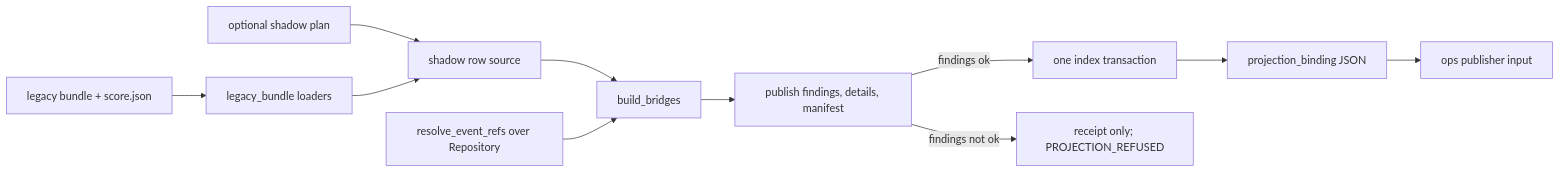
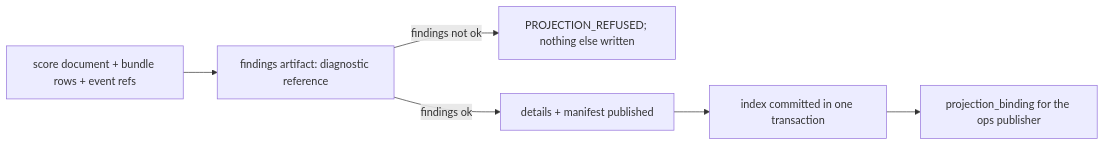
One commit to yshewchuk/investment-validation changed the second of 2 diagrams in engine/v2/serving/ARCHITECTURE.md. Above: the diagram before and after it, drawn with Mermaid.

Commit message:
docs(serving): state publication diagram as condition-to-outcome contract (#190)
Claude-Session: https://claude.ai/code/session_01QUihknYBdZNzYKP1X1yr1K

````diff
--- a/engine/v2/serving/ARCHITECTURE.md
+++ b/engine/v2/serving/ARCHITECTURE.md
@@ -57,11 +57,8 @@
 ```mermaid
 flowchart LR
-  Bundle[legacy bundle + score.json] --> Load[legacy_bundle loaders]
-  Plan[optional shadow plan] --> Rows[shadow row source]
-  Load --> Rows --> Bridge[build_bridges]
-  Refs[resolve_event_refs over Repository] --> Bridge
-  Bridge --> Objs[publish findings, details, manifest]
-  Objs -->|findings ok| Tx[one index transaction]
-  Objs -->|findings not ok| Refused[receipt only; PROJECTION_REFUSED]
-  Tx --> Binding[projection_binding JSON] --> Ops[ops publisher input]
+  In[score document + bundle rows + event refs] --> Findings[findings artifact: diagnostic reference]
+  Findings -->|findings not ok| Refused[PROJECTION_REFUSED; nothing else written]
+  Findings -->|findings ok| Publish[details + manifest published]
+  Publish --> Commit[index committed in one transaction]
+  Commit --> Binding[projection_binding for the ops publisher]
 ```
````
